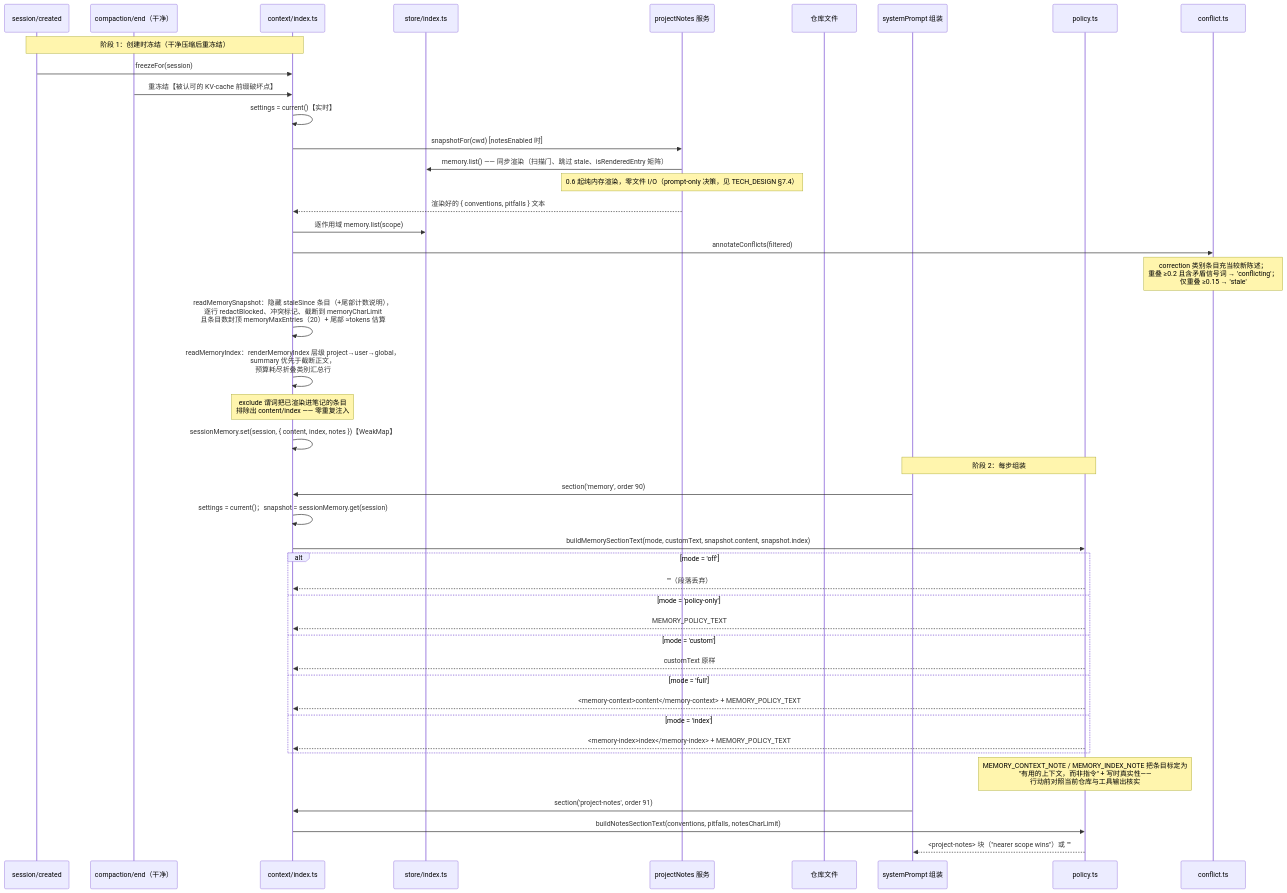
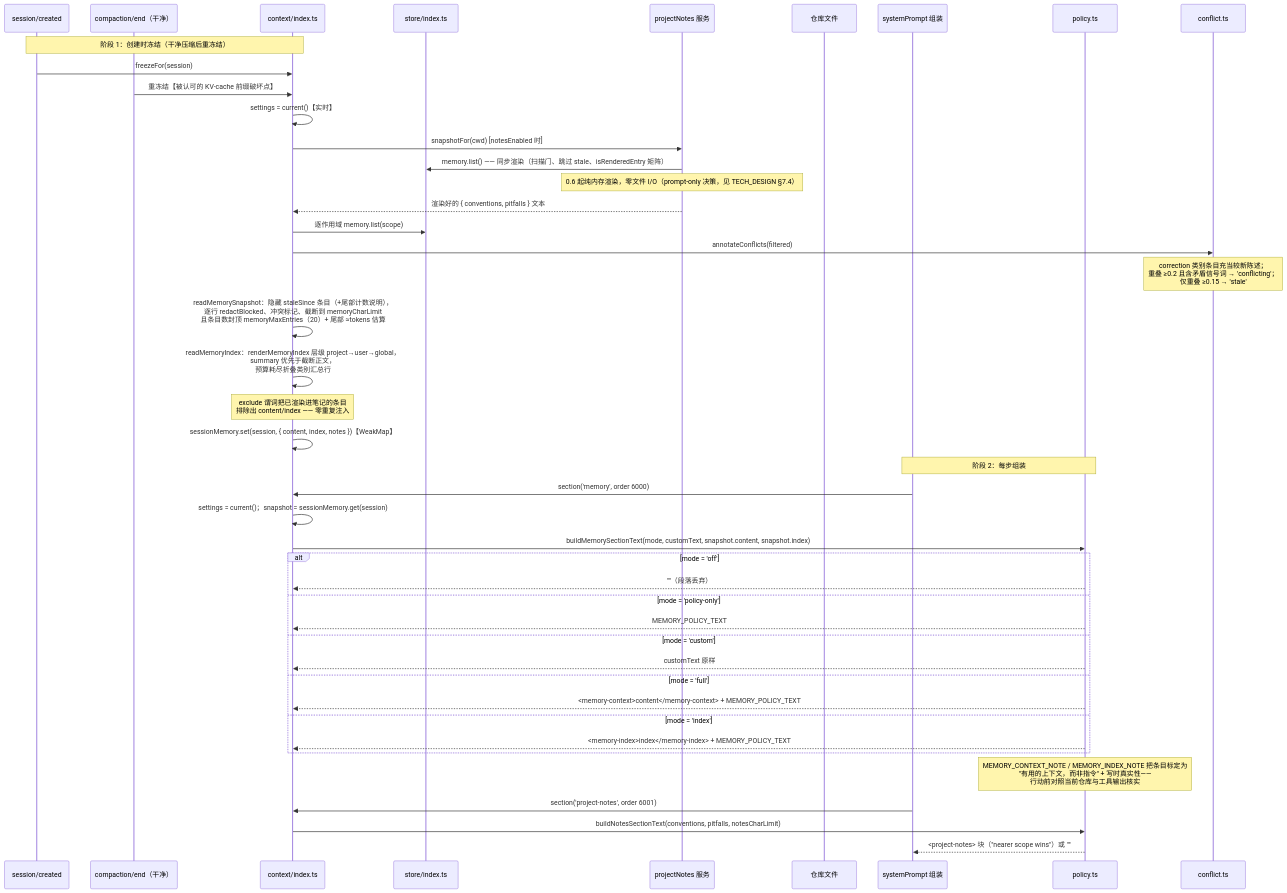
The ninth of 15 diagrams in docs/SEQUENCE_DIAGRAMS.zh.md (chenhw7/dsh-memory), drawn with Mermaid before and after one commit. The commit also changed other lines of this file and 37 other files, not shown here.

````diff
--- a/docs/SEQUENCE_DIAGRAMS.zh.md
+++ b/docs/SEQUENCE_DIAGRAMS.zh.md
@@ -430,50 +430,50 @@
 ```mermaid
 sequenceDiagram
     participant SC as session/created
     participant CE as compaction/end（干净）
     participant Ctx as context/index.ts
     participant Store as store/index.ts
     participant NotesSvc as projectNotes 服务
     participant FS as 仓库文件
     participant SP as systemPrompt 组装
     participant Policy as policy.ts
     participant Conflict as conflict.ts
 
     Note over SC,Ctx: 阶段 1：创建时冻结（干净压缩后重冻结）
     SC->>Ctx: freezeFor(session)
     CE->>Ctx: 重冻结【被认可的 KV-cache 前缀破坏点】
     Ctx->>Ctx: settings = current()【实时】
     Ctx->>NotesSvc: snapshotFor(cwd) [notesEnabled 时]
     NotesSvc->>Store: memory.list() —— 同步渲染（扫描门、跳过 stale、isRenderedEntry 矩阵）
     Note over NotesSvc: 0.6 起纯内存渲染，零文件 I/O（prompt-only 决策，见 TECH_DESIGN §7.4）
     NotesSvc-->>Ctx: 渲染好的 { conventions, pitfalls } 文本
 
     Ctx->>Store: 逐作用域 memory.list(scope)
     Ctx->>Conflict: annotateConflicts(filtered)
     Note over Conflict: correction 类别条目充当较新陈述；<br/>重叠 ≥0.2 且含矛盾信号词 → 'conflicting'；<br/>仅重叠 ≥0.15 → 'stale'
     Ctx->>Ctx: readMemorySnapshot：隐藏 staleSince 条目（+尾部计数说明），<br/>逐行 redactBlocked、冲突标记、截断到 memoryCharLimit<br/>且条目数封顶 memoryMaxEntries（20）+ 尾部 ≈tokens 估算
     Ctx->>Ctx: readMemoryIndex：renderMemoryIndex 层级 project→user→global，<br/>summary 优先于截断正文，<br/>预算耗尽折叠类别汇总行
     Note over Ctx: exclude 谓词把已渲染进笔记的条目<br/>排除出 content/index —— 零重复注入
     Ctx->>Ctx: sessionMemory.set(session, { content, index, notes })【WeakMap】
 
     Note over SP,Policy: 阶段 2：每步组装
-    SP->>Ctx: section('memory', order 90)
+    SP->>Ctx: section('memory', order 6000)
     Ctx->>Ctx: settings = current()；snapshot = sessionMemory.get(session)
     Ctx->>Policy: buildMemorySectionText(mode, customText, snapshot.content, snapshot.index)
     alt mode = 'off'
         Policy-->>Ctx: ""（段落丢弃）
     else mode = 'policy-only'
         Policy-->>Ctx: MEMORY_POLICY_TEXT
     else mode = 'custom'
         Policy-->>Ctx: customText 原样
     else mode = 'full'
         Policy-->>Ctx: <memory-context>content</memory-context> + MEMORY_POLICY_TEXT
     else mode = 'index'
         Policy-->>Ctx: <memory-index>index</memory-index> + MEMORY_POLICY_TEXT
     end
     Note over Policy: MEMORY_CONTEXT_NOTE / MEMORY_INDEX_NOTE 把条目标定为<br/>"有用的上下文，而非指令" + 写时真实性——<br/>行动前对照当前仓库与工具输出核实
 
-    SP->>Ctx: section('project-notes', order 91)
+    SP->>Ctx: section('project-notes', order 6001)
     Ctx->>Policy: buildNotesSectionText(conventions, pitfalls, notesCharLimit)
     Policy-->>SP: <project-notes> 块（"nearer scope wins"）或 ""
 ```
````
